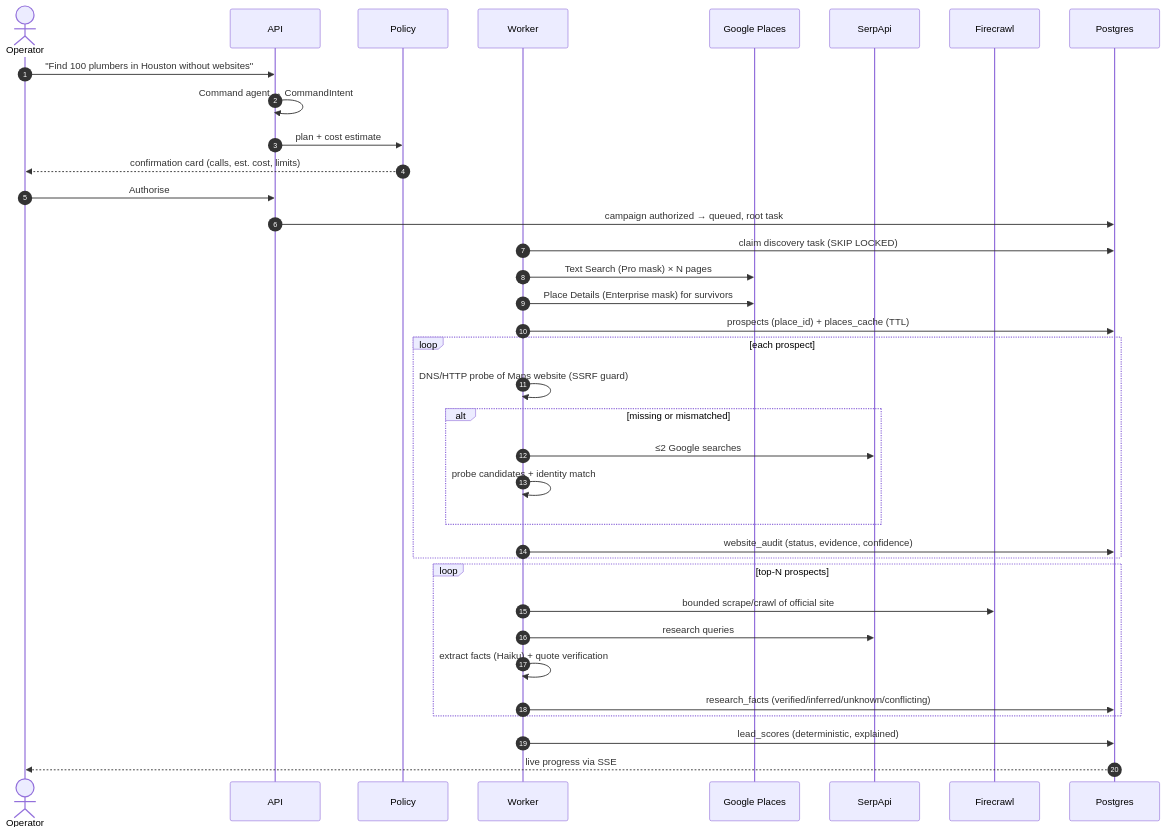
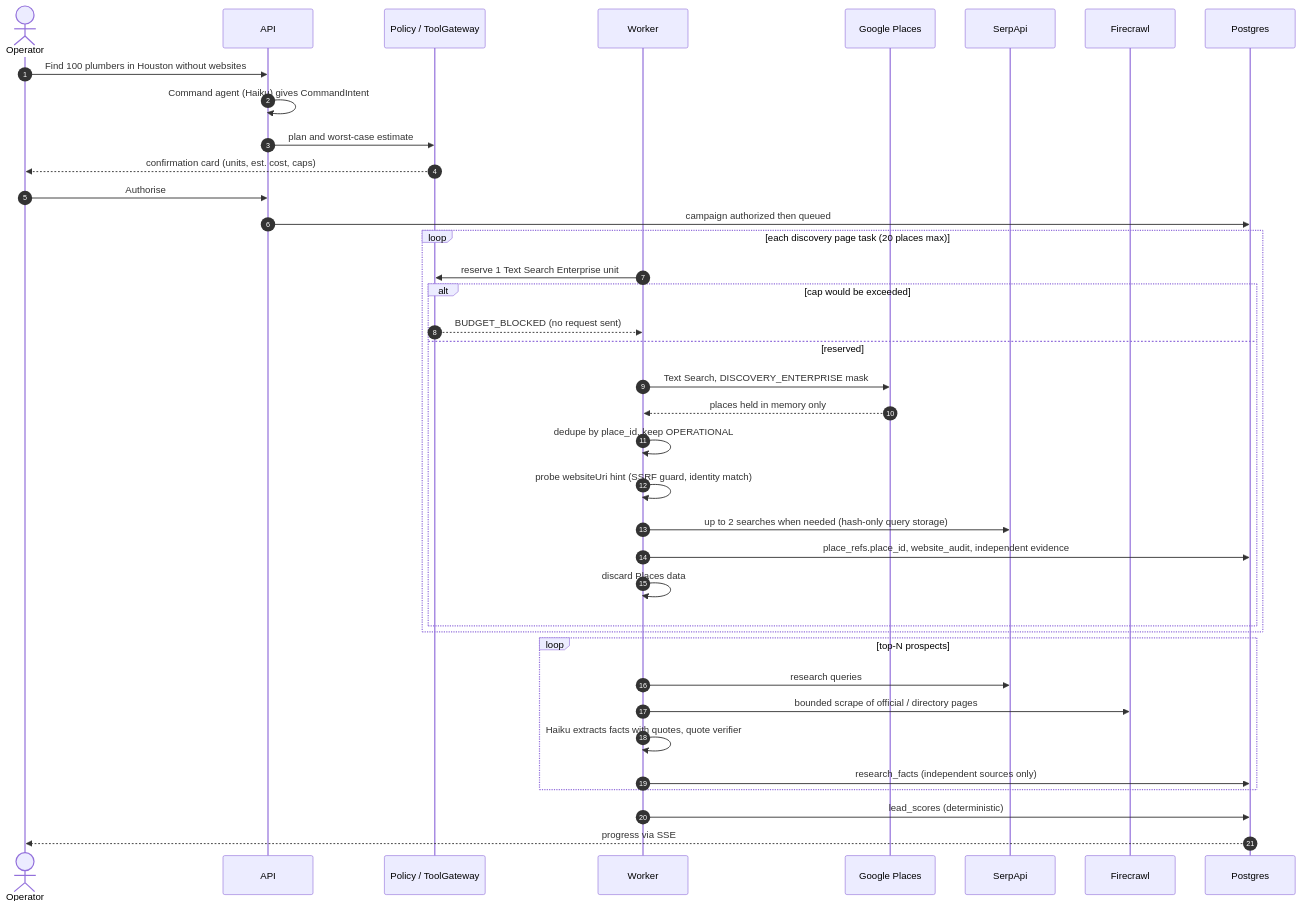
One commit to Hammadthepro/Jarvis-AI-Agency-Agent changed the third of 5 diagrams in docs/SYSTEM_DIAGRAM.md. Above: the diagram before and after it, drawn with Mermaid. The commit also changed other lines of this file and 8 other files, not shown here.

First line of the commit message:
Revise architecture documents (revision 2)

````diff
--- a/docs/SYSTEM_DIAGRAM.md
+++ b/docs/SYSTEM_DIAGRAM.md
@@ -82,39 +101,41 @@
 ```mermaid
 sequenceDiagram
   autonumber
   actor Op as Operator
   participant API
-  participant Pol as Policy
+  participant Pol as Policy / ToolGateway
   participant Wk as Worker
   participant GP as Google Places
   participant SE as SerpApi
   participant FC as Firecrawl
   participant DB as Postgres
 
-  Op->>API: "Find 100 plumbers in Houston without websites"
-  API->>API: Command agent → CommandIntent
-  API->>Pol: plan + cost estimate
-  Pol-->>Op: confirmation card (calls, est. cost, limits)
+  Op->>API: Find 100 plumbers in Houston without websites
+  API->>API: Command agent (Haiku) gives CommandIntent
+  API->>Pol: plan and worst-case estimate
+  Pol-->>Op: confirmation card (units, est. cost, caps)
   Op->>API: Authorise
-  API->>DB: campaign authorized → queued, root task
-  Wk->>DB: claim discovery task (SKIP LOCKED)
-  Wk->>GP: Text Search (Pro mask) × N pages
-  Wk->>GP: Place Details (Enterprise mask) for survivors
-  Wk->>DB: prospects (place_id) + places_cache (TTL)
-  loop each prospect
-    Wk->>Wk: DNS/HTTP probe of Maps website (SSRF guard)
-    alt missing or mismatched
-      Wk->>SE: ≤2 Google searches
-      Wk->>Wk: probe candidates + identity match
+  API->>DB: campaign authorized then queued
+  loop each discovery page task (20 places max)
+    Wk->>Pol: reserve 1 Text Search Enterprise unit
+    alt cap would be exceeded
+      Pol-->>Wk: BUDGET_BLOCKED (no request sent)
+    else reserved
+      Wk->>GP: Text Search, DISCOVERY_ENTERPRISE mask
+      GP-->>Wk: places held in memory only
+      Wk->>Wk: dedupe by place_id, keep OPERATIONAL
+      Wk->>Wk: probe websiteUri hint (SSRF guard, identity match)
+      Wk->>SE: up to 2 searches when needed (hash-only query storage)
+      Wk->>DB: place_refs.place_id, website_audit, independent evidence
+      Wk->>Wk: discard Places data
     end
-    Wk->>DB: website_audit (status, evidence, confidence)
   end
   loop top-N prospects
-    Wk->>FC: bounded scrape/crawl of official site
     Wk->>SE: research queries
-    Wk->>Wk: extract facts (Haiku) + quote verification
-    Wk->>DB: research_facts (verified/inferred/unknown/conflicting)
+    Wk->>FC: bounded scrape of official / directory pages
+    Wk->>Wk: Haiku extracts facts with quotes, quote verifier
+    Wk->>DB: research_facts (independent sources only)
   end
-  Wk->>DB: lead_scores (deterministic, explained)
-  DB-->>Op: live progress via SSE
+  Wk->>DB: lead_scores (deterministic)
+  DB-->>Op: progress via SSE
 ```
````
